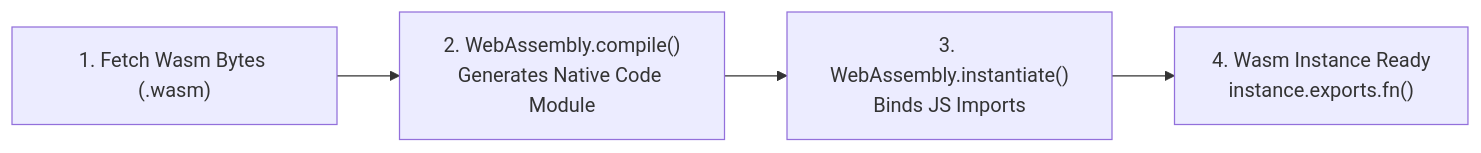
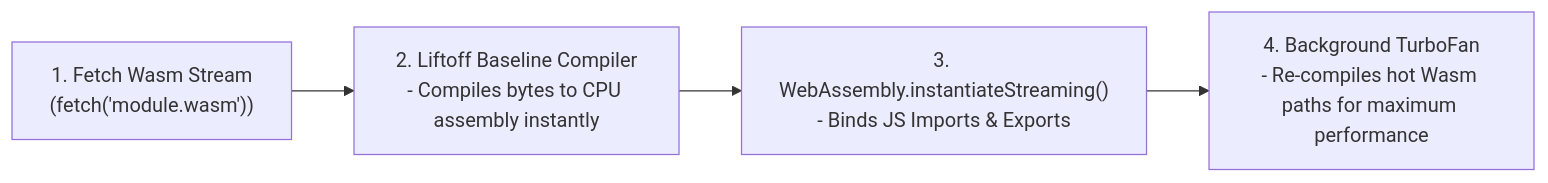
The second of 3 diagrams in js-internals/17-wasm-interop.md (Amie-dev/engineering-playbook), drawn with Mermaid before and after one commit. The commit also changed other lines of this file and 17 other files, not shown here.

First line of the commit message:
Refactor modules on Shared Memory, WebAssembly Interop, and Performance Profiling

````diff
--- a/js-internals/17-wasm-interop.md
+++ b/js-internals/17-wasm-interop.md
@@ -36,6 +48,6 @@
 ```mermaid
 flowchart LR
-    Fetch["1. Fetch Wasm Bytes (.wasm)"] --> Compile["2. WebAssembly.compile()<br/>Generates Native Code Module"]
-    Compile --> Instantiate["3. WebAssembly.instantiate()<br/>Binds JS Imports"]
-    Instantiate --> Instance["4. Wasm Instance Ready<br/>instance.exports.fn()"]
+    Fetch["1. Fetch Wasm Stream<br/>(fetch('module.wasm'))"] --> Liftoff["2. Liftoff Baseline Compiler<br/>- Compiles bytes to CPU assembly instantly"]
+    Liftoff --> Instantiate["3. WebAssembly.instantiateStreaming()<br/>- Binds JS Imports & Exports"]
+    Instantiate --> TurboFanWasm["4. Background TurboFan<br/>- Re-compiles hot Wasm paths for maximum performance"]
 ```
````
